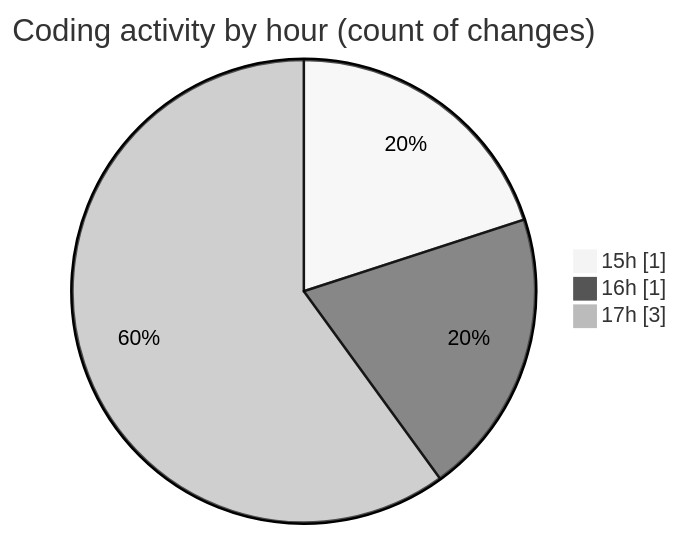
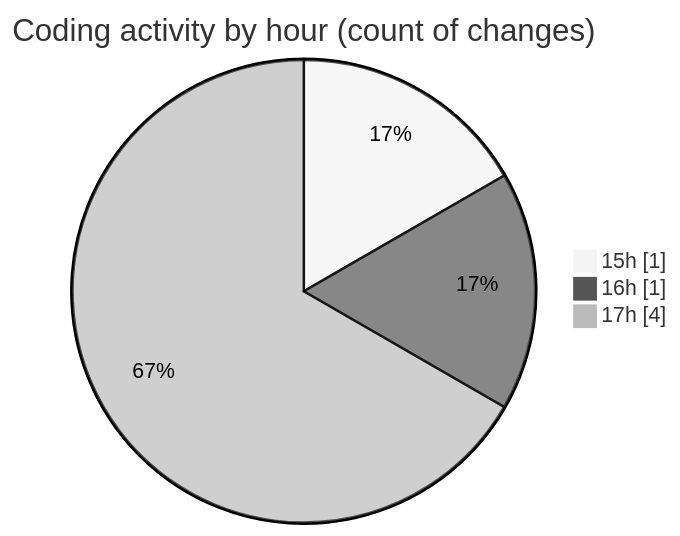
One commit to debugP/code-tracking changed the second of 2 diagrams in 2025-10-20/untitled__workspace_/README.md. Above: the diagram before and after it, drawn with Mermaid (neutral theme). The commit also changed other lines of this file and 1 other file, not shown here.

````diff
--- a/2025-10-20/untitled__workspace_/README.md
+++ b/2025-10-20/untitled__workspace_/README.md
@@ -30,7 +30,7 @@
 ```mermaid
 pie showData
 title Coding activity by hour (count of changes)
 "15h" : 1
 "16h" : 1
-"17h" : 3
+"17h" : 4
 ```
````
